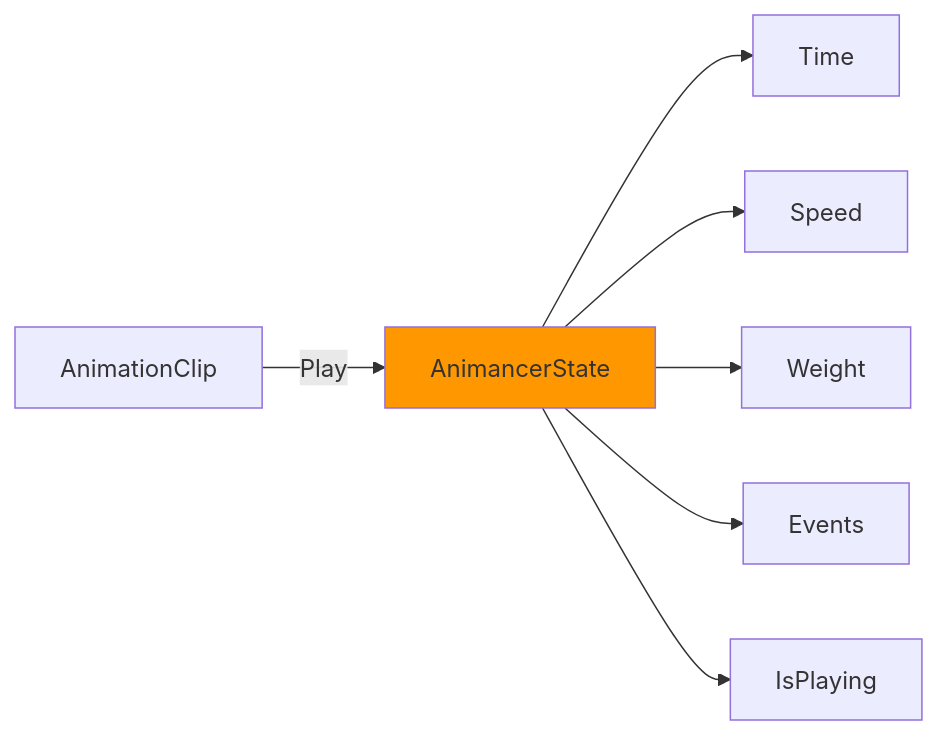
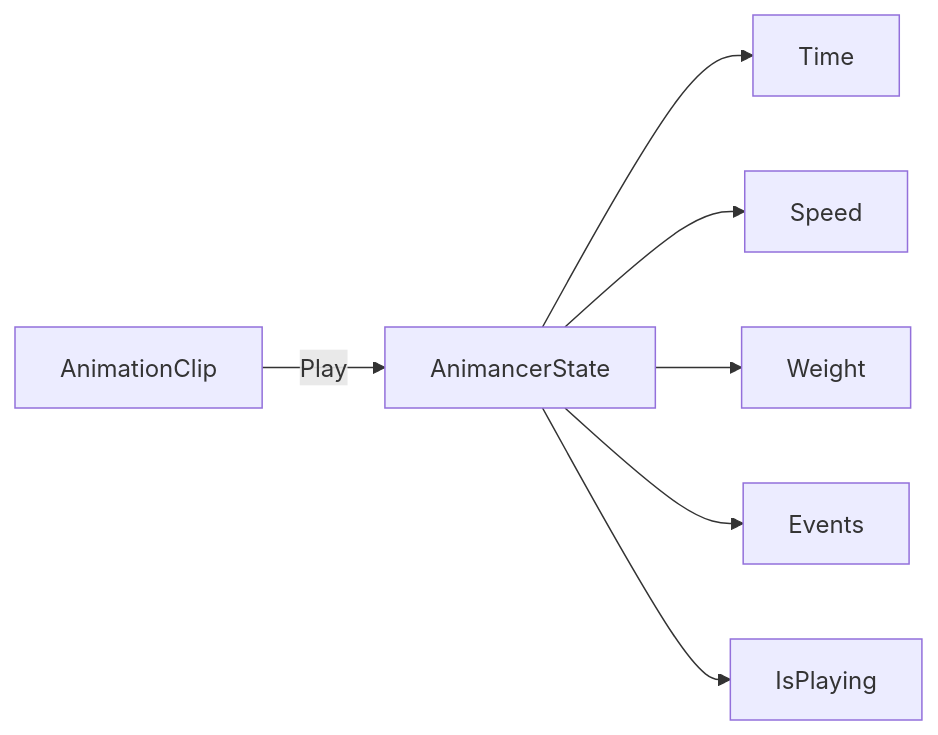
Before and after one commit to wallstop/unity-tips: the second of 4 diagrams in docs/animancer/02-core-concepts.md, drawn with Mermaid. The commit also changed other lines of this file and 27 other files, not shown here.

Commit message:
Convert ASCII diagrams to Mermaid format (#30)

````diff
--- a/docs/animancer/02-core-concepts.md
+++ b/docs/animancer/02-core-concepts.md
@@ -115,11 +113,10 @@
 ```mermaid
 graph LR
     A[AnimationClip] -->|Play| B[AnimancerState]
     B --> C[Time]
     B --> D[Speed]
     B --> E[Weight]
     B --> F[Events]
     B --> G[IsPlaying]
 
-    style B fill:#FF9800
 ```
````
